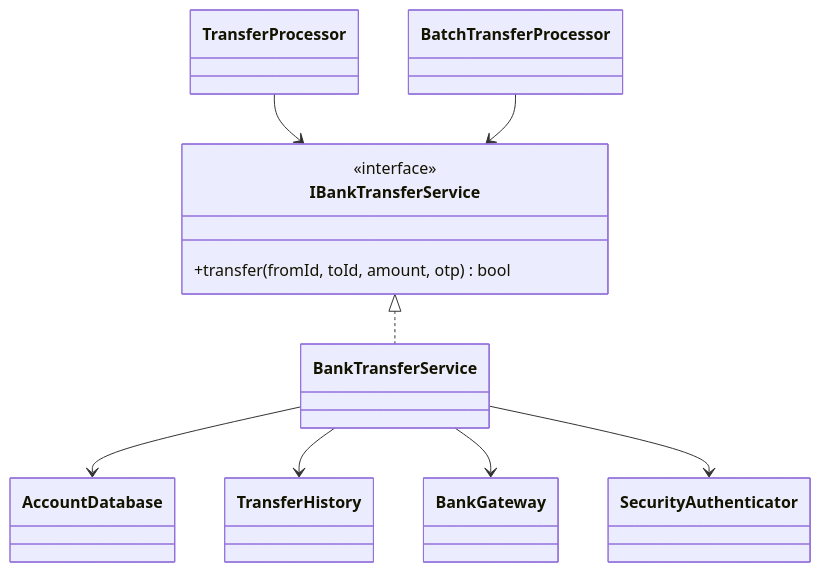
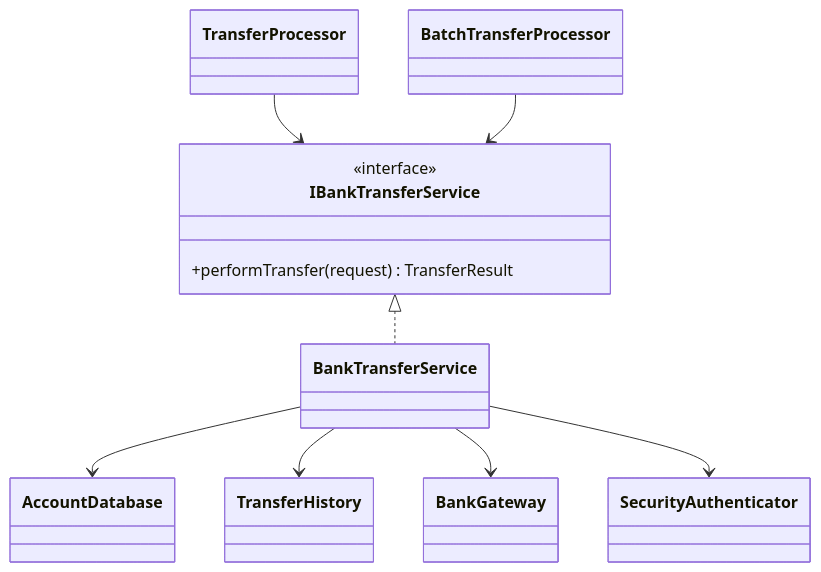
One commit to kumachan1101-pixel/DesignPattern changed the fifth of 9 diagrams in kindle/design-patterns/output/chapter02.md. Above: the diagram before and after it, drawn with Mermaid. The commit also changed other lines of this file and 1 other file, not shown here.

Commit message:
DEEP-02: chapter02にTransferRequest/TransferResultを導入しOTP検証を実装(R1/R4)。コードと実行結果の不一致も修正

````diff
--- a/kindle/design-patterns/output/chapter02.md
+++ b/kindle/design-patterns/output/chapter02.md
@@ -1634,21 +1646,21 @@
 ```mermaid
 classDiagram
     class TransferProcessor
     class BatchTransferProcessor
     class IBankTransferService {
         <<interface>>
-        +transfer(fromId, toId, amount, otp) bool
+        +performTransfer(request) TransferResult
     }
     class BankTransferService
     class AccountDatabase
     class TransferHistory
     class BankGateway
     class SecurityAuthenticator
     TransferProcessor --> IBankTransferService
     BatchTransferProcessor --> IBankTransferService
     IBankTransferService <|.. BankTransferService
     BankTransferService --> AccountDatabase
     BankTransferService --> TransferHistory
     BankTransferService --> BankGateway
     BankTransferService --> SecurityAuthenticator
 ```
````
